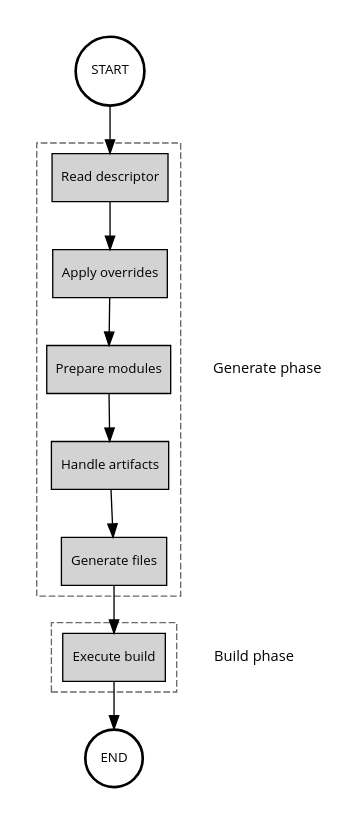
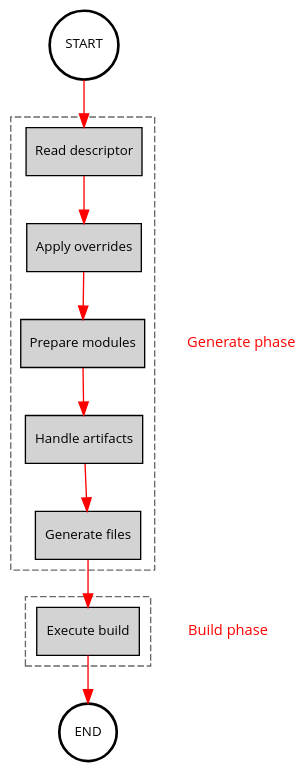
The second of 2 diagrams in docs/handbook/building/build-process.rst (cekit/cekit), drawn with Graphviz before and after one commit. The commit also changed other lines of this file and 3 other files, not shown here.

```diff
--- a/docs/handbook/building/build-process.rst
+++ b/docs/handbook/building/build-process.rst
@@ -68,43 +71,44 @@
 .. graphviz::
     :align: center
     :alt: CEKit build process diagram
     :name: build-process-diagram
 
      digraph build_process {
         graph [fontsize="11", fontname="Open Sans", compound="true"];
         node [shape="box", fontname="Open Sans", fontsize="10"];
+        bgcolor="transparent";
 
         subgraph cluster_out {
             style="invis";
-            start [label="START", style="bold", shape="circle"];
-            end [label="END", style="bold", shape="circle"];
+            start [label="START", shape="circle", style="bold,filled", fillcolor="white"];
+            end [label="END", shape="circle", style="bold,filled", fillcolor="white"];
 
             subgraph cluster_0 {
                 style="dashed";
                 node [style="filled"];
                 penwidth = "1";
                 color="dimgrey";
 
                 read [label="Read descriptor", href="#reading-image-descriptor"];
                 overrides [label="Apply overrides", href="#applying-overrides"];
                 modules [label="Prepare modules", href="#preparing-modules"];
                 artifacts [label="Handle artifacts", href="#handling-artifacts"];
                 generate [label="Generate files", href="#generating-required-files"];
             }
 
             subgraph cluster_1 {
                 style="dashed";
                 node [style="filled"];
                 penwidth = "1";
                 color="dimgrey";
                 build [label="Execute build", href="#build-execution"];
             }
         }
 
-        label_generate [label="Generate phase", shape="plaintext", fontsize="11"];
-        label_build [label="Build phase", shape="plaintext", fontsize="11"];
+        label_generate [label="Generate phase", shape="plaintext", fontsize="11", fontcolor="red"];
+        label_build [label="Build phase", shape="plaintext", fontsize="11", fontcolor="red"];
 
-        start -> read -> overrides -> modules -> artifacts -> generate -> build -> end;
+        start -> read -> overrides -> modules -> artifacts -> generate -> build -> end [color="red"];
         overrides -> label_generate [style="invis"];
         generate -> label_build [style="invis"];
      }
```
